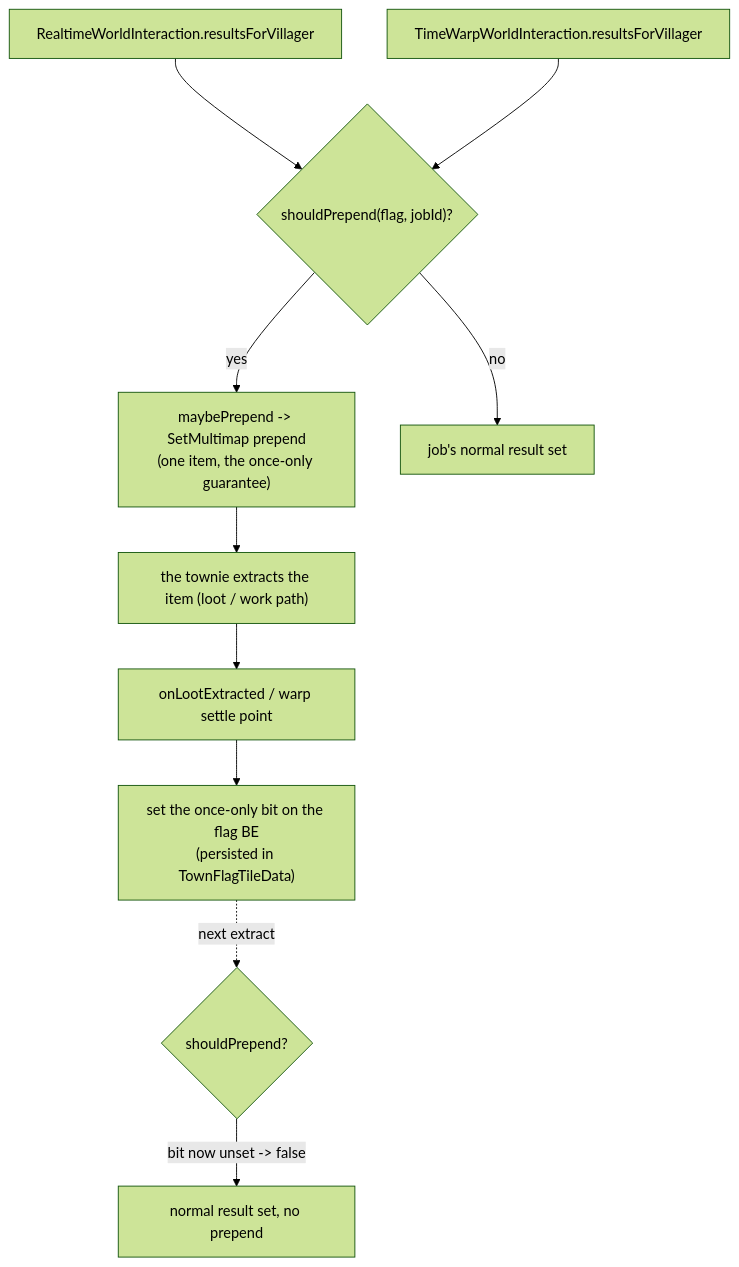
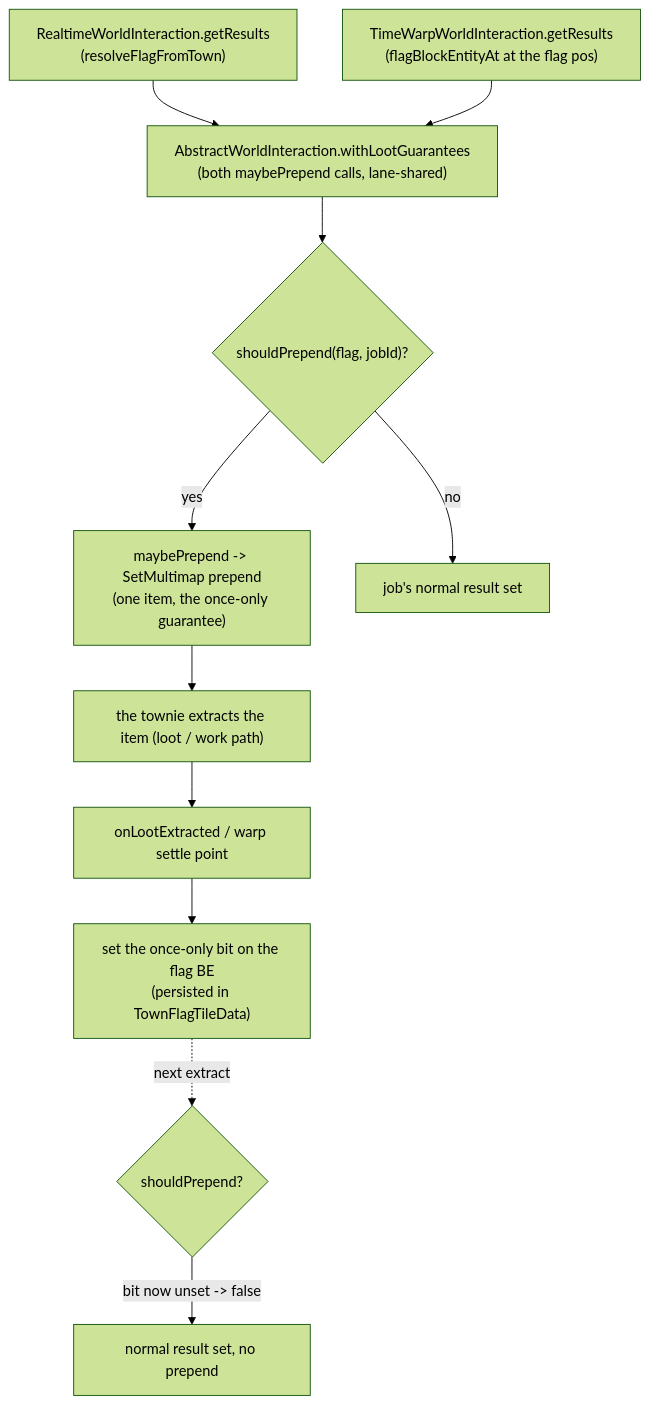
The diagram in src/main/java/ca/bradj/questown/jobs/declarative/COMPLEX.md (bradsk88/Questown), drawn with Mermaid (forest theme) before and after one commit. The commit also changed other lines of this file and 6 other files, not shown here.

````diff
--- a/src/main/java/ca/bradj/questown/jobs/declarative/COMPLEX.md
+++ b/src/main/java/ca/bradj/questown/jobs/declarative/COMPLEX.md
@@ -30,12 +33,13 @@
 ```mermaid
 flowchart TD
-    RT["RealtimeWorldInteraction.resultsForVillager"] --> Guard{"shouldPrepend(flag, jobId)?"}
-    WP["TimeWarpWorldInteraction.resultsForVillager"] --> Guard
+    RT["RealtimeWorldInteraction.getResults\n(resolveFlagFromTown)"] --> Shared
+    WP["TimeWarpWorldInteraction.getResults\n(flagBlockEntityAt at the flag pos)"] --> Shared
+    Shared["AbstractWorldInteraction.withLootGuarantees\n(both maybePrepend calls, lane-shared)"] --> Guard{"shouldPrepend(flag, jobId)?"}
     Guard -- yes --> Prepend["maybePrepend -> SetMultimap prepend\n(one item, the once-only guarantee)"]
     Guard -- no --> Base["job's normal result set"]
     Prepend --> Return["the townie extracts the item (loot / work path)"]
     Return --> Settle["onLootExtracted / warp settle point"]
     Settle --> Flip["set the once-only bit on the flag BE\n(persisted in TownFlagTileData)"]
     Flip -.next extract.-> Guard2{"shouldPrepend?"}
     Guard2 -- bit now unset -> false --> Base2["normal result set, no prepend"]
 ```
````
